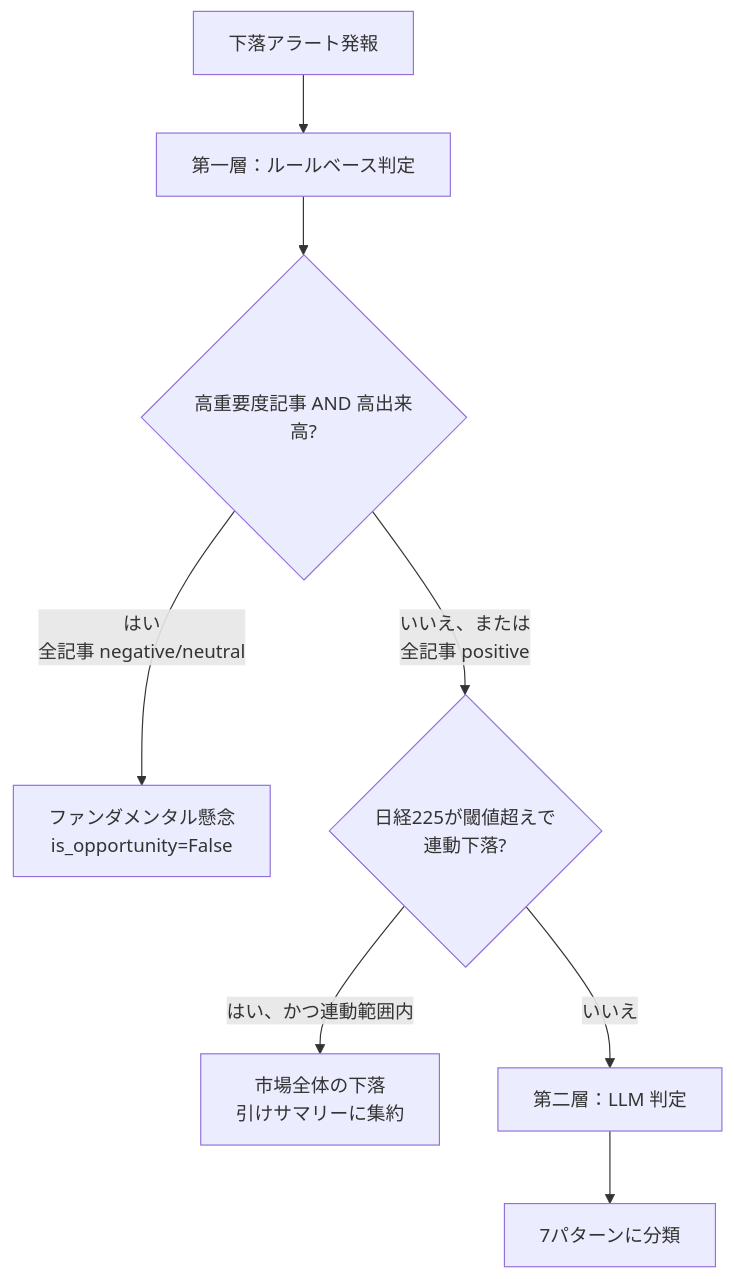
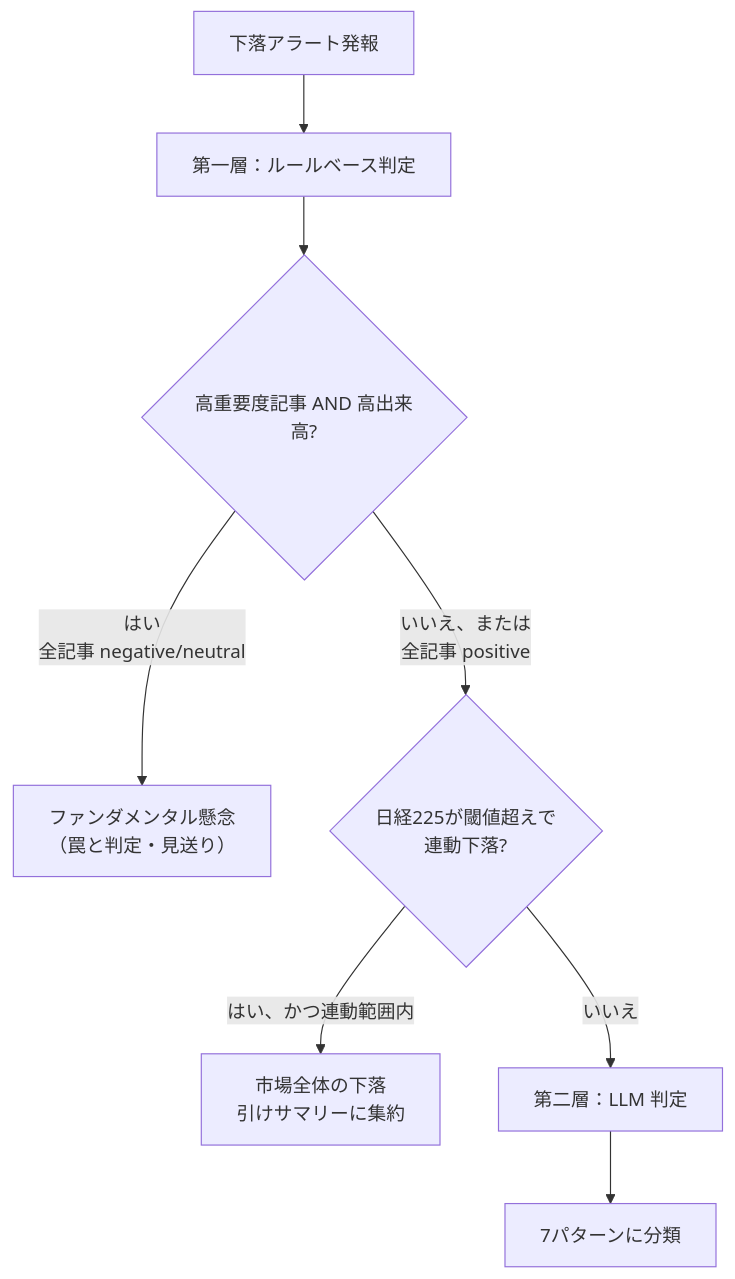
The third of 4 diagrams in docs/guide/features.md (tanatosflower/stock-monitor-docs), drawn with Mermaid before and after one commit. The commit also changed other lines of this file and 2 other files, not shown here.

````diff
--- a/docs/guide/features.md
+++ b/docs/guide/features.md
@@ -103,10 +114,10 @@
 ```mermaid
 flowchart TD
     A[下落アラート発報] --> B[第一層：ルールベース判定]
     B --> C{高重要度記事 AND 高出来高?}
-    C -- はい<br/>全記事 negative/neutral --> D[ファンダメンタル懸念<br/>is_opportunity=False]
+    C -- はい<br/>全記事 negative/neutral --> D[ファンダメンタル懸念<br/>（罠と判定・見送り）]
     C -- いいえ、または<br/>全記事 positive --> E{日経225が閾値超えで<br/>連動下落?}
     E -- はい、かつ連動範囲内 --> F[市場全体の下落<br/>引けサマリーに集約]
     E -- いいえ --> G[第二層：LLM 判定]
     G --> H[7パターンに分類]
 ```
````
